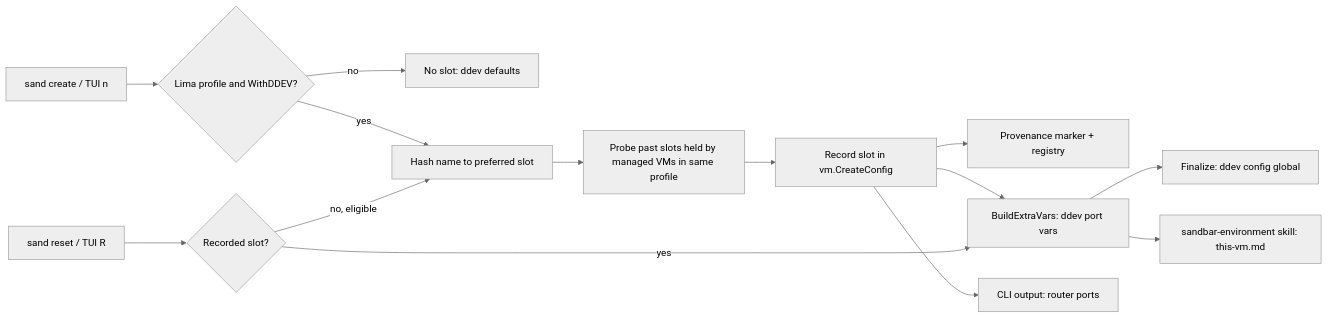
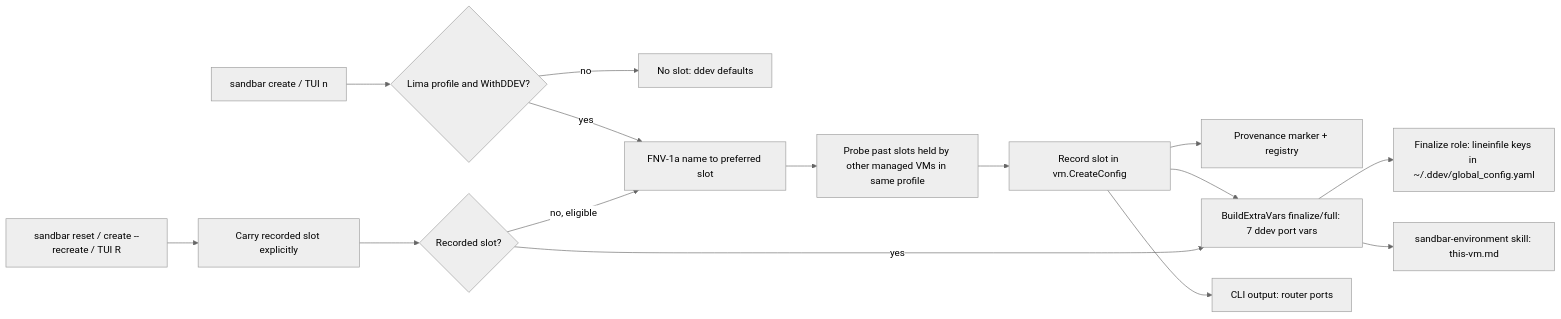
Before and after one commit to Lullabot/sandbar: the first of 2 diagrams in .ai/strikethroo/plans/27--per-vm-ddev-ports/plan-27--per-vm-ddev-ports.md, drawn with Mermaid (neutral theme). The commit also changed other lines of this file and 5 other files, not shown here.

First line of the commit message:
docs(plan): refine per-VM ddev port plan and break it into tasks

````diff
--- a/.ai/strikethroo/plans/27--per-vm-ddev-ports/plan-27--per-vm-ddev-ports.md
+++ b/.ai/strikethroo/plans/27--per-vm-ddev-ports/plan-27--per-vm-ddev-ports.md
@@ -67,16 +77,17 @@
 ```mermaid
 flowchart LR
-    A[sand create / TUI n] --> B{Lima profile and WithDDEV?}
+    A[sandbar create / TUI n] --> B{Lima profile and WithDDEV?}
     B -- no --> Z[No slot: ddev defaults]
-    B -- yes --> C[Hash name to preferred slot]
-    C --> D[Probe past slots held by managed VMs in same profile]
+    B -- yes --> C[FNV-1a name to preferred slot]
+    C --> D[Probe past slots held by other managed VMs in same profile]
     D --> E[Record slot in vm.CreateConfig]
     E --> F[Provenance marker + registry]
-    E --> G[BuildExtraVars: ddev port vars]
-    G --> H[Finalize: ddev config global]
+    E --> G[BuildExtraVars finalize/full: 7 ddev port vars]
+    G --> H[Finalize role: lineinfile keys in ~/.ddev/global_config.yaml]
     G --> I[sandbar-environment skill: this-vm.md]
     E --> J[CLI output: router ports]
-    R[sand reset / TUI R] --> K{Recorded slot?}
+    R[sandbar reset / create --recreate / TUI R] --> R2[Carry recorded slot explicitly]
+    R2 --> K{Recorded slot?}
     K -- yes --> G
     K -- no, eligible --> C
 ```
````
